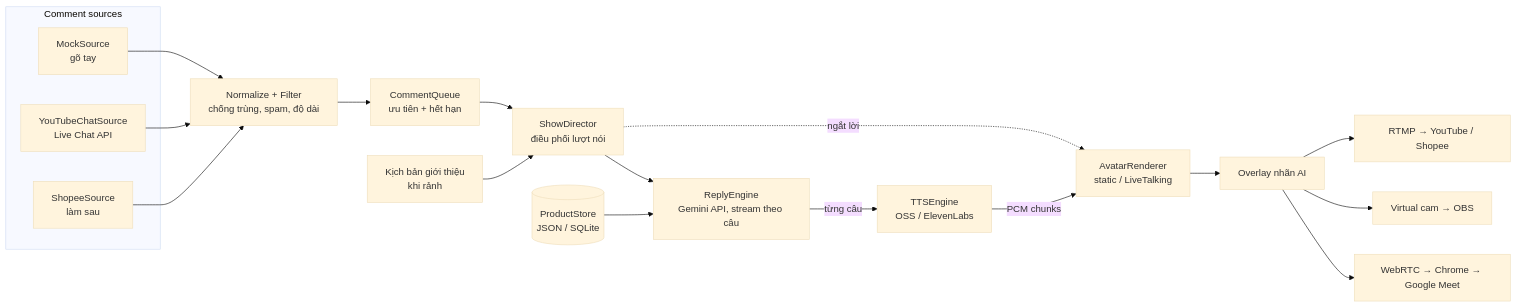
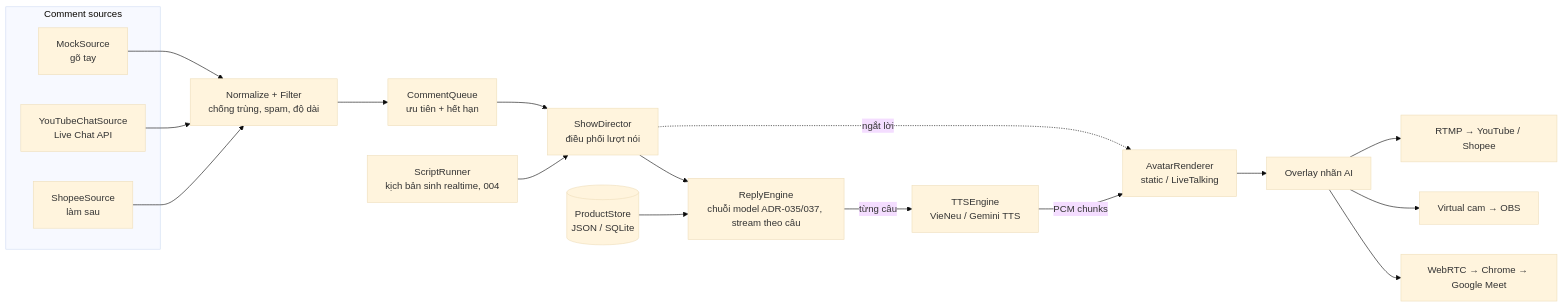
One commit to quangtruong01234/ai-live-shopee changed the first of 3 diagrams in docs/ARCHITECTURE.md. Above: the diagram before and after it, drawn with Mermaid (base theme). The commit also changed other lines of this file and 192 other files, not shown here.

````diff
--- a/docs/ARCHITECTURE.md
+++ b/docs/ARCHITECTURE.md
@@ -8,26 +8,26 @@
 ```mermaid
 flowchart LR
     subgraph SRC[Comment sources]
         M[MockSource<br/>gõ tay]
         Y[YouTubeChatSource<br/>Live Chat API]
         S[ShopeeSource<br/>làm sau]
     end
 
     M --> F
     Y --> F
     S --> F
     F[Normalize + Filter<br/>chống trùng, spam, độ dài] --> Q[CommentQueue<br/>ưu tiên + hết hạn]
 
     Q --> D[ShowDirector<br/>điều phối lượt nói]
-    I[Kịch bản giới thiệu<br/>khi rảnh] --> D
-    D --> L[ReplyEngine<br/>Gemini API, stream theo câu]
+    I[ScriptRunner<br/>kịch bản sinh realtime, 004] --> D
+    D --> L[ReplyEngine<br/>chuỗi model ADR-035/037, stream theo câu]
     P[(ProductStore<br/>JSON / SQLite)] --> L
-    L -- từng câu --> T[TTSEngine<br/>OSS / ElevenLabs]
+    L -- từng câu --> T[TTSEngine<br/>VieNeu / Gemini TTS]
     T -- PCM chunks --> A[AvatarRenderer<br/>static / LiveTalking]
     A --> OV[Overlay nhãn AI]
     OV --> O1[WebRTC → Chrome → Google Meet]
     OV --> O2[Virtual cam → OBS]
     OV --> O3[RTMP → YouTube / Shopee]
 
     D -. ngắt lời .-> A
 ```
````
